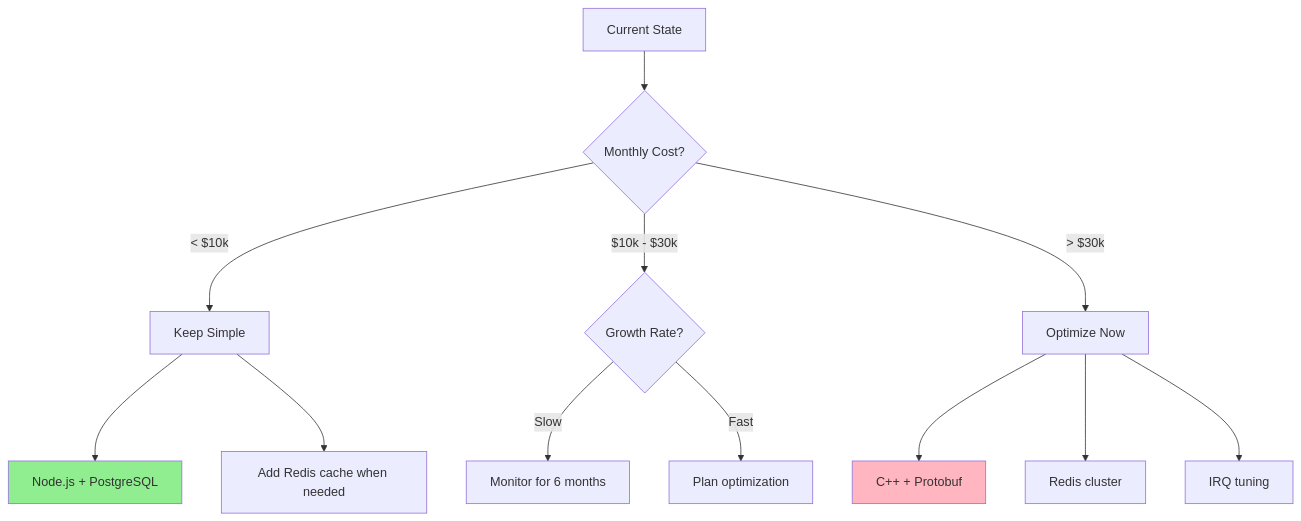
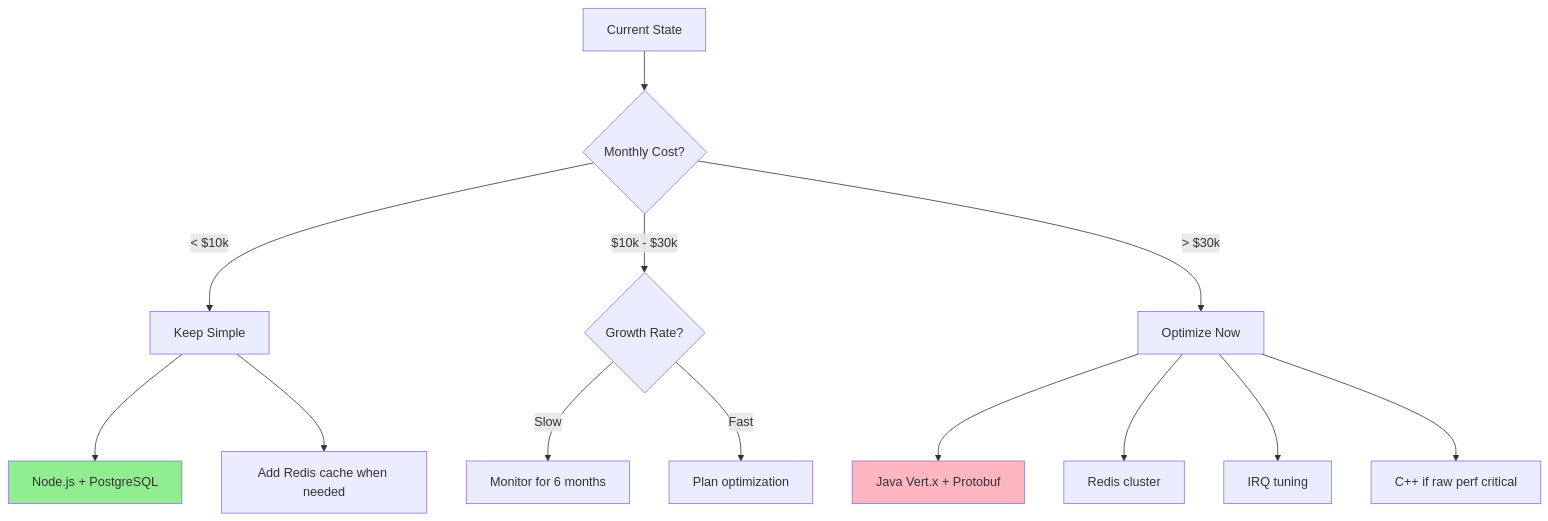
The fifth of 5 diagrams in Architecture/Scaling-1M-RPS-Java.md (rsrini7/Learnings), drawn with Mermaid before and after one commit. The commit also changed other lines of this file, not shown here.

First line of the commit message:
docs: update scaling architecture blueprint to version 3.2

````diff
--- a/Architecture/Scaling-1M-RPS-Java.md
+++ b/Architecture/Scaling-1M-RPS-Java.md
@@ -1197,21 +1197,22 @@
 ```mermaid
 graph TD
     A[Current State] --> B{Monthly Cost?}
     
     B -->|< $10k| C[Keep Simple]
     B -->|$10k - $30k| D{Growth Rate?}
     B -->|> $30k| E[Optimize Now]
     
     C --> C1[Node.js + PostgreSQL]
     C --> C2[Add Redis cache when needed]
     
     D -->|Slow| D1[Monitor for 6 months]
     D -->|Fast| D2[Plan optimization]
     
-    E --> E1[C++ + Protobuf]
+    E --> E1[Java Vert.x + Protobuf]
     E --> E2[Redis cluster]
     E --> E3[IRQ tuning]
+    E --> E4[C++ if raw perf critical]
     
     style C1 fill:#90EE90
     style E1 fill:#FFB6C1
 ```
````
